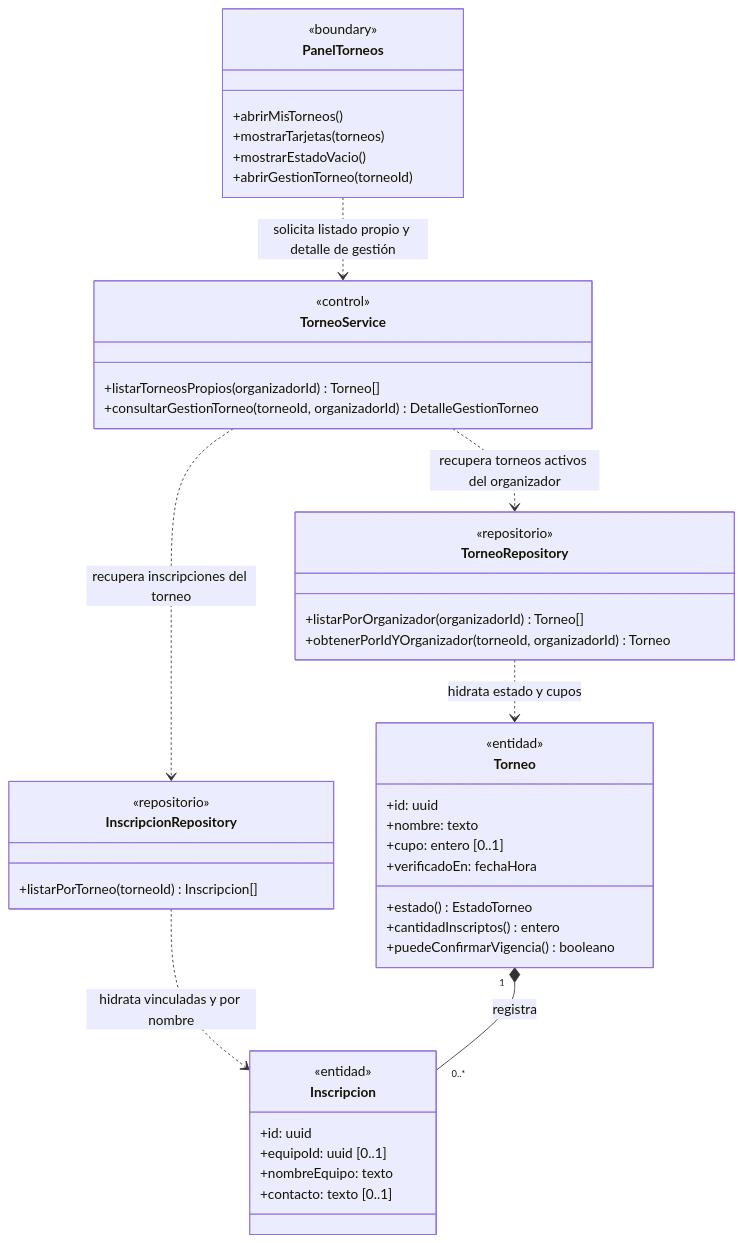
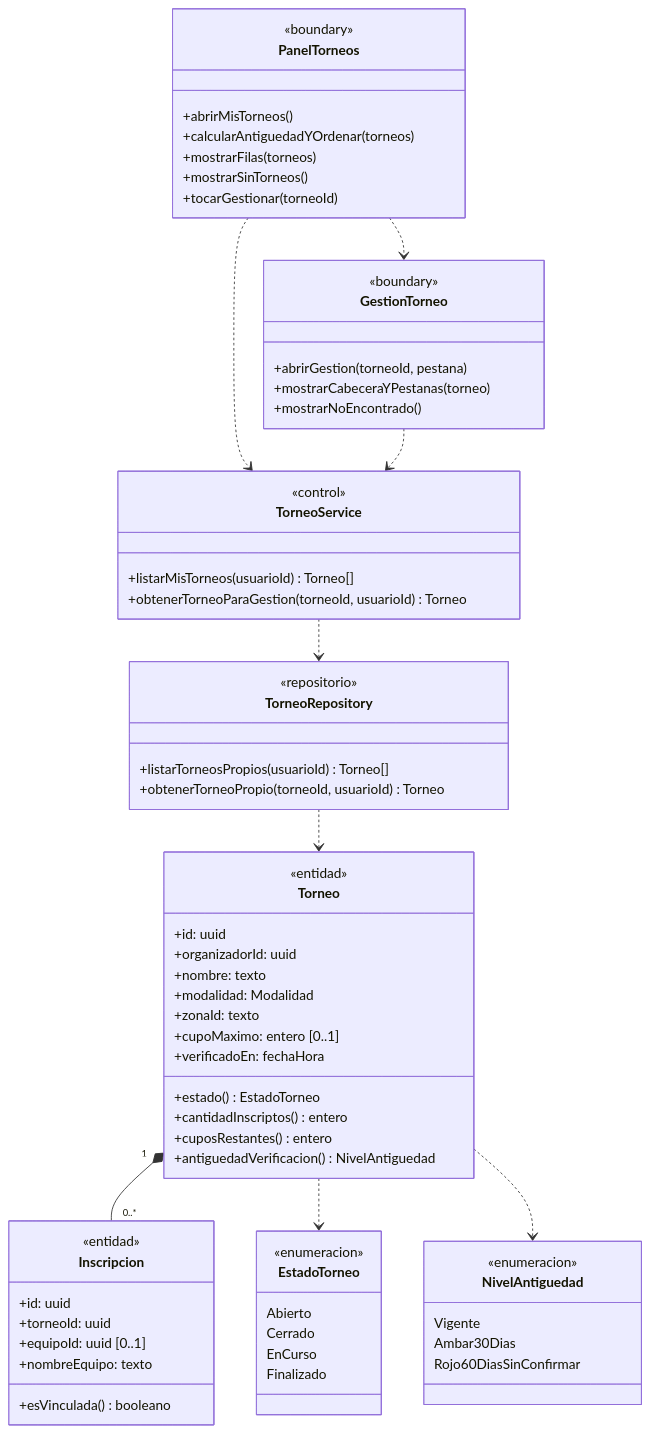
One commit to nicqletal/torneos-scraper changed the third of 8 diagrams in docs/diagramas-de-clase/organizador.md. Above: the diagram before and after it, drawn with Mermaid. The commit also changed other lines of this file and 13 other files, not shown here.

````diff
--- a/docs/diagramas-de-clase/organizador.md
+++ b/docs/diagramas-de-clase/organizador.md
@@ -202,48 +214,70 @@
 ```mermaid
 classDiagram
-direction TB
 class PanelTorneos {
   <<boundary>>
   +abrirMisTorneos()
-  +mostrarTarjetas(torneos)
-  +mostrarEstadoVacio()
-  +abrirGestionTorneo(torneoId)
+  +calcularAntiguedadYOrdenar(torneos)
+  +mostrarFilas(torneos)
+  +mostrarSinTorneos()
+  +tocarGestionar(torneoId)
+}
+class GestionTorneo {
+  <<boundary>>
+  +abrirGestion(torneoId, pestana)
+  +mostrarCabeceraYPestanas(torneo)
+  +mostrarNoEncontrado()
 }
 class TorneoService {
   <<control>>
-  +listarTorneosPropios(organizadorId) Torneo[]
-  +consultarGestionTorneo(torneoId, organizadorId) DetalleGestionTorneo
+  +listarMisTorneos(usuarioId) Torneo[]
+  +obtenerTorneoParaGestion(torneoId, usuarioId) Torneo
 }
 class TorneoRepository {
   <<repositorio>>
-  +listarPorOrganizador(organizadorId) Torneo[]
-  +obtenerPorIdYOrganizador(torneoId, organizadorId) Torneo
-}
-class InscripcionRepository {
-  <<repositorio>>
-  +listarPorTorneo(torneoId) Inscripcion[]
+  +listarTorneosPropios(usuarioId) Torneo[]
+  +obtenerTorneoPropio(torneoId, usuarioId) Torneo
 }
 class Torneo {
   <<entidad>>
   +id: uuid
+  +organizadorId: uuid
   +nombre: texto
-  +cupo: entero [0..1]
+  +modalidad: Modalidad
+  +zonaId: texto
+  +cupoMaximo: entero [0..1]
   +verificadoEn: fechaHora
   +estado() EstadoTorneo
   +cantidadInscriptos() entero
-  +puedeConfirmarVigencia() booleano
+  +cuposRestantes() entero
+  +antiguedadVerificacion() NivelAntiguedad
 }
 class Inscripcion {
   <<entidad>>
   +id: uuid
+  +torneoId: uuid
   +equipoId: uuid [0..1]
   +nombreEquipo: texto
-  +contacto: texto [0..1]
+  +esVinculada() booleano
 }
-PanelTorneos ..> TorneoService : solicita listado propio y detalle de gestión
-TorneoService ..> TorneoRepository : recupera torneos activos del organizador
-TorneoService ..> InscripcionRepository : recupera inscripciones del torneo
-TorneoRepository ..> Torneo : hidrata estado y cupos
-InscripcionRepository ..> Inscripcion : hidrata vinculadas y por nombre
-Torneo "1" *-- "0..*" Inscripcion : registra
+class EstadoTorneo {
+  <<enumeracion>>
+  Abierto
+  Cerrado
+  EnCurso
+  Finalizado
+}
+class NivelAntiguedad {
+  <<enumeracion>>
+  Vigente
+  Ambar30Dias
+  Rojo60DiasSinConfirmar
+}
+PanelTorneos ..> TorneoService
+PanelTorneos ..> GestionTorneo
+GestionTorneo ..> TorneoService
+TorneoService ..> TorneoRepository
+TorneoRepository ..> Torneo
+Torneo "1" *-- "0..*" Inscripcion
+Torneo ..> EstadoTorneo
+Torneo ..> NivelAntiguedad
 ```
````
